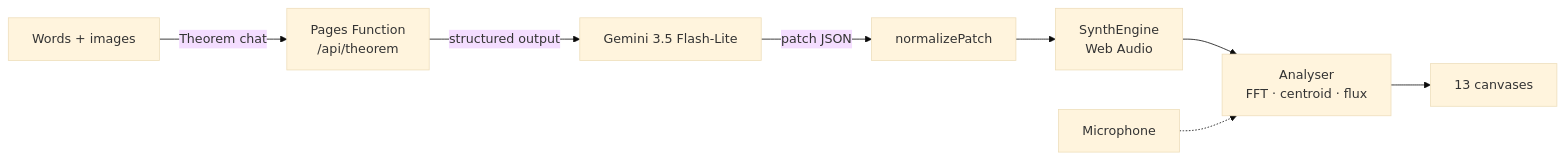
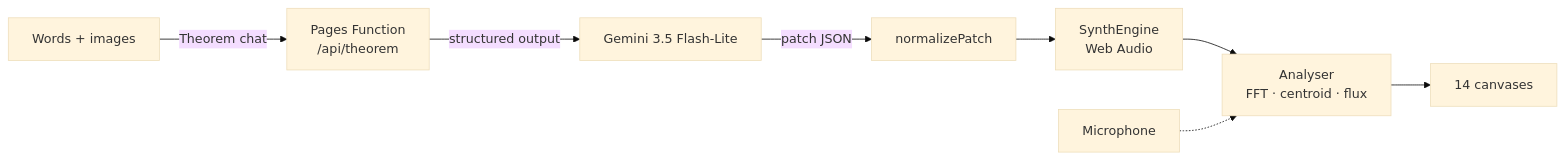
Before and after one commit to masudl-hub/Synth: the diagram in README.md, drawn with Mermaid (base theme). The commit also changed other lines of this file and 11 other files, not shown here.

````diff
--- a/README.md
+++ b/README.md
@@ -63,10 +63,10 @@
 ```mermaid
 flowchart LR
   A[Words + images] -->|Theorem chat| B[Pages Function<br/>/api/theorem]
   B -->|structured output| C[Gemini 3.5 Flash-Lite]
   C -->|patch JSON| D[normalizePatch]
   D --> E[SynthEngine<br/>Web Audio]
   E --> F[Analyser<br/>FFT · centroid · flux]
   M[Microphone] -.-> F
-  F --> G[13 canvases]
+  F --> G[14 canvases]
 ```
````
